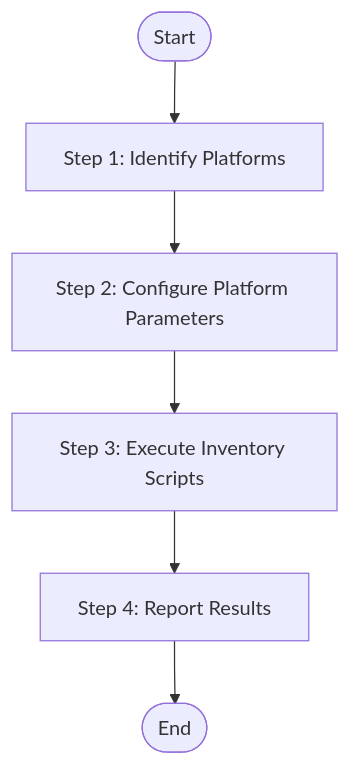
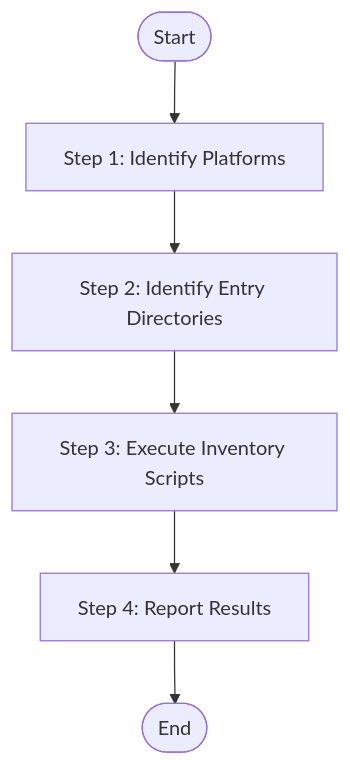
Before and after one commit to charlesmu99/speccrew: the diagram in .speccrew/skills/speccrew-knowledge-bizs-init-features/SKILL.md, drawn with Mermaid. The commit also changed other lines of this file and 2 other files, not shown here.

Commit message:
refactor: extract entry directory identification into shared skill, refactor init-features and bizs-dispatch to use it

````diff
--- a/.speccrew/skills/speccrew-knowledge-bizs-init-features/SKILL.md
+++ b/.speccrew/skills/speccrew-knowledge-bizs-init-features/SKILL.md
@@ -20,8 +20,8 @@
 ```mermaid
 flowchart TD
     Start([Start]) --> Step1[Step 1: Identify Platforms]
-    Step1 --> Step2[Step 2: Configure Platform Parameters]
+    Step1 --> Step2[Step 2: Identify Entry Directories]
     Step2 --> Step3[Step 3: Execute Inventory Scripts]
     Step3 --> Step4[Step 4: Report Results]
     Step4 --> End([End])
 ```
````
